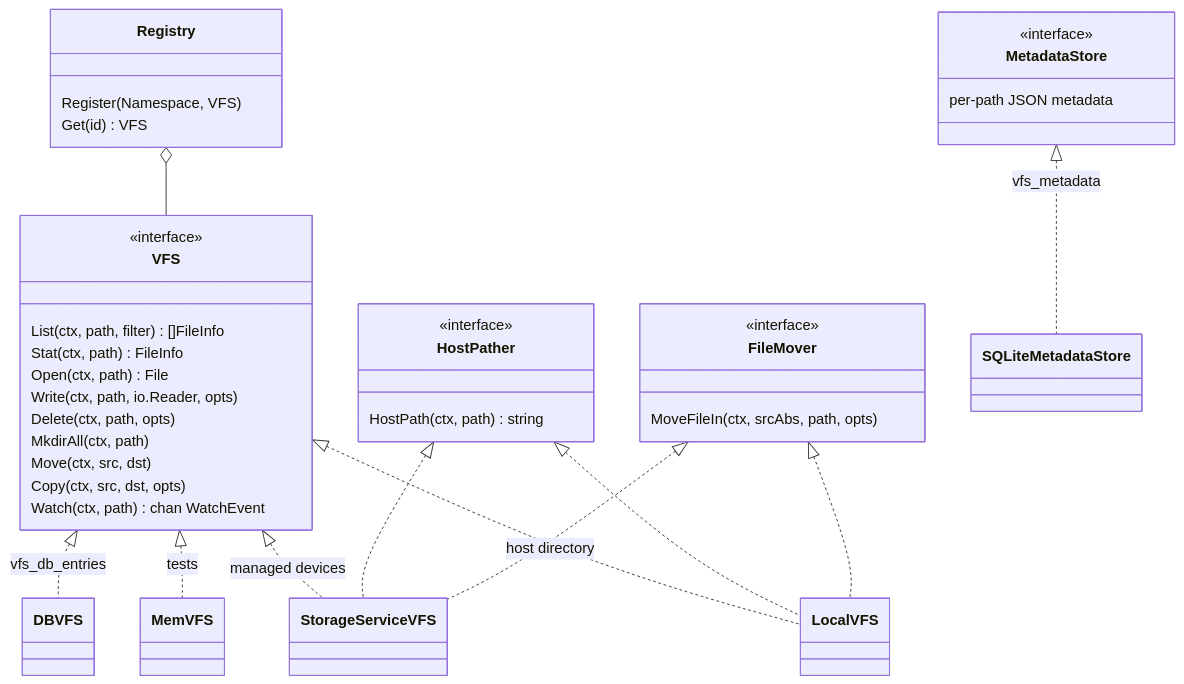
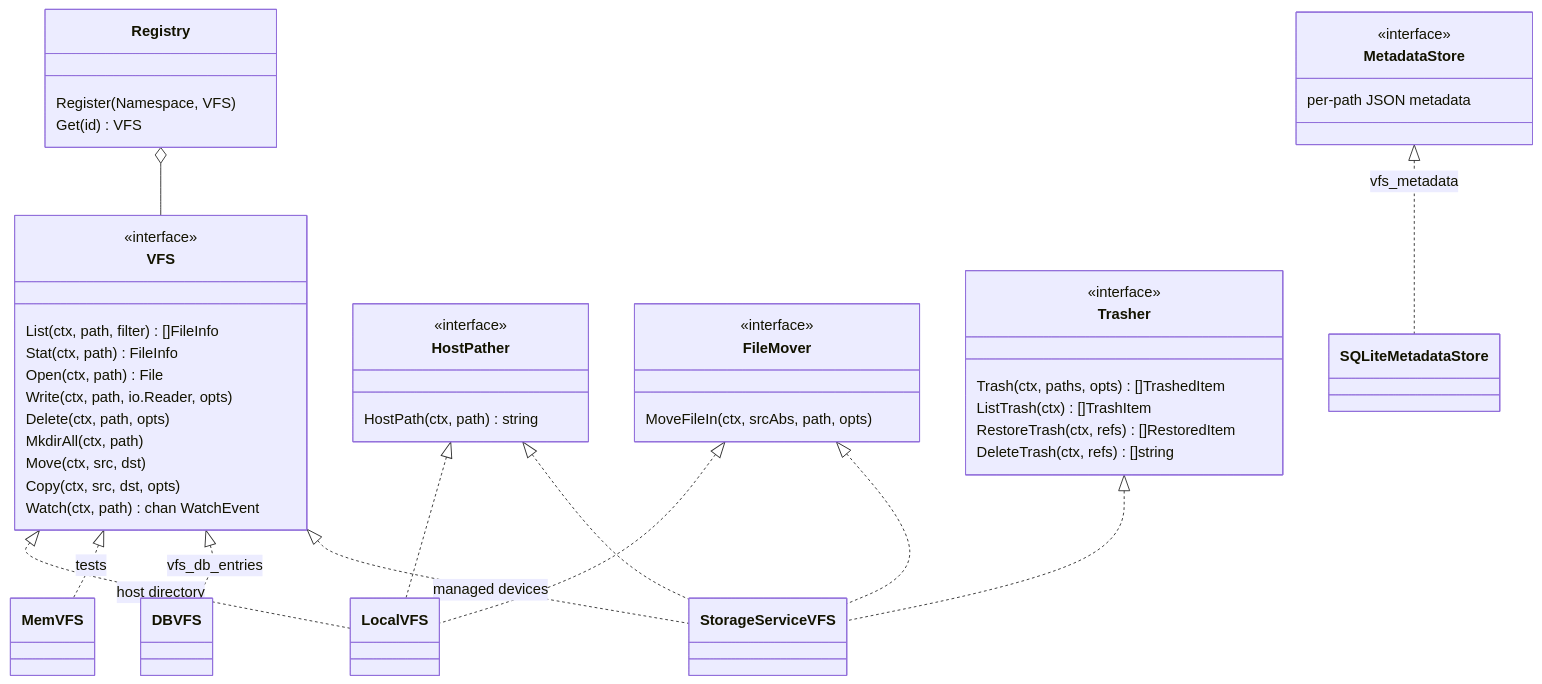
One commit to autobutler-org/quark changed the fourth of 4 diagrams in docs/architecture/data.md. Above: the diagram before and after it, drawn with Mermaid. The commit also changed other lines of this file and 41 other files, not shown here.

````diff
--- a/docs/architecture/data.md
+++ b/docs/architecture/data.md
@@ -118,41 +121,49 @@
 ```mermaid
 classDiagram
     class VFS {
         <<interface>>
         List(ctx, path, filter) []FileInfo
         Stat(ctx, path) FileInfo
         Open(ctx, path) File
         Write(ctx, path, io.Reader, opts)
         Delete(ctx, path, opts)
         MkdirAll(ctx, path)
         Move(ctx, src, dst)
         Copy(ctx, src, dst, opts)
         Watch(ctx, path) chan WatchEvent
     }
     class HostPather {
         <<interface>>
         HostPath(ctx, path) string
     }
     class FileMover {
         <<interface>>
         MoveFileIn(ctx, srcAbs, path, opts)
     }
+    class Trasher {
+        <<interface>>
+        Trash(ctx, paths, opts) []TrashedItem
+        ListTrash(ctx) []TrashItem
+        RestoreTrash(ctx, refs) []RestoredItem
+        DeleteTrash(ctx, refs) []string
+    }
     class Registry {
         Register(Namespace, VFS)
         Get(id) VFS
     }
     class MetadataStore {
         <<interface>>
         per-path JSON metadata
     }
     VFS <|.. LocalVFS : host directory
     VFS <|.. MemVFS : tests
     VFS <|.. DBVFS : vfs_db_entries
     VFS <|.. StorageServiceVFS : managed devices
     HostPather <|.. LocalVFS
     HostPather <|.. StorageServiceVFS
     FileMover <|.. LocalVFS
     FileMover <|.. StorageServiceVFS
+    Trasher <|.. StorageServiceVFS
     Registry o-- VFS
     MetadataStore <|.. SQLiteMetadataStore : vfs_metadata
 ```
````
